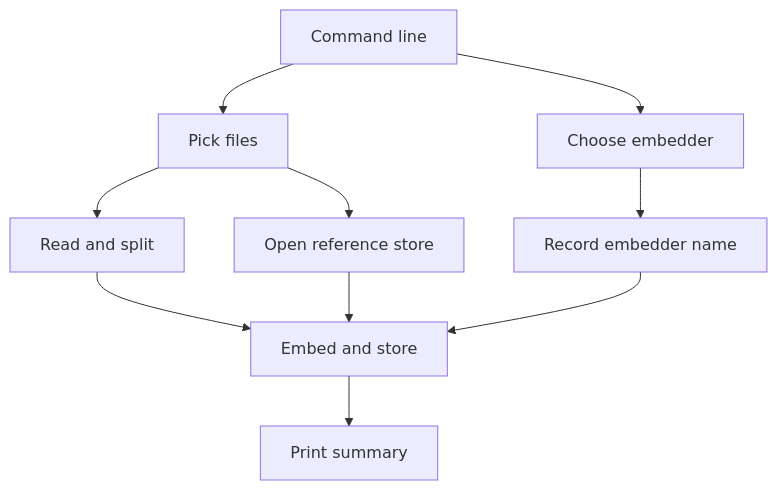
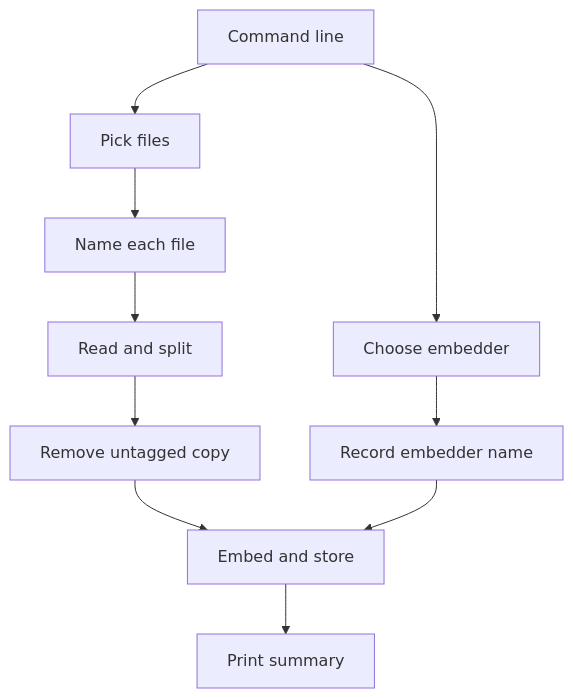
One commit to dipenpatel-dev/tollgate changed the first of 2 diagrams in docs/scripts/search/reference_add.md. Above: the diagram before and after it, drawn with Mermaid. The commit also changed other lines of this file and 5 other files, not shown here.

````diff
--- a/docs/scripts/search/reference_add.md
+++ b/docs/scripts/search/reference_add.md
@@ -53,13 +59,13 @@
 ```mermaid
 flowchart TD
   %% L2 Container. Max 10 nodes. Code names go in the node alias; visible labels are plain English, 4 words at most.
   Cli["Command line"] --> Collect["Pick files"]
+  Collect --> Key["Name each file"]
+  Key --> Read["Read and split"]
   Cli --> Choose["Choose embedder"]
-  Collect --> Read["Read and split"]
   Choose --> Marker["Record embedder name"]
-  Collect --> Open["Open reference store"]
-  Read --> Embed["Embed and store"]
-  Open --> Embed
+  Read --> Untag["Remove untagged copy"]
+  Untag --> Embed["Embed and store"]
   Marker --> Embed
   Embed --> Report["Print summary"]
 ```
````
